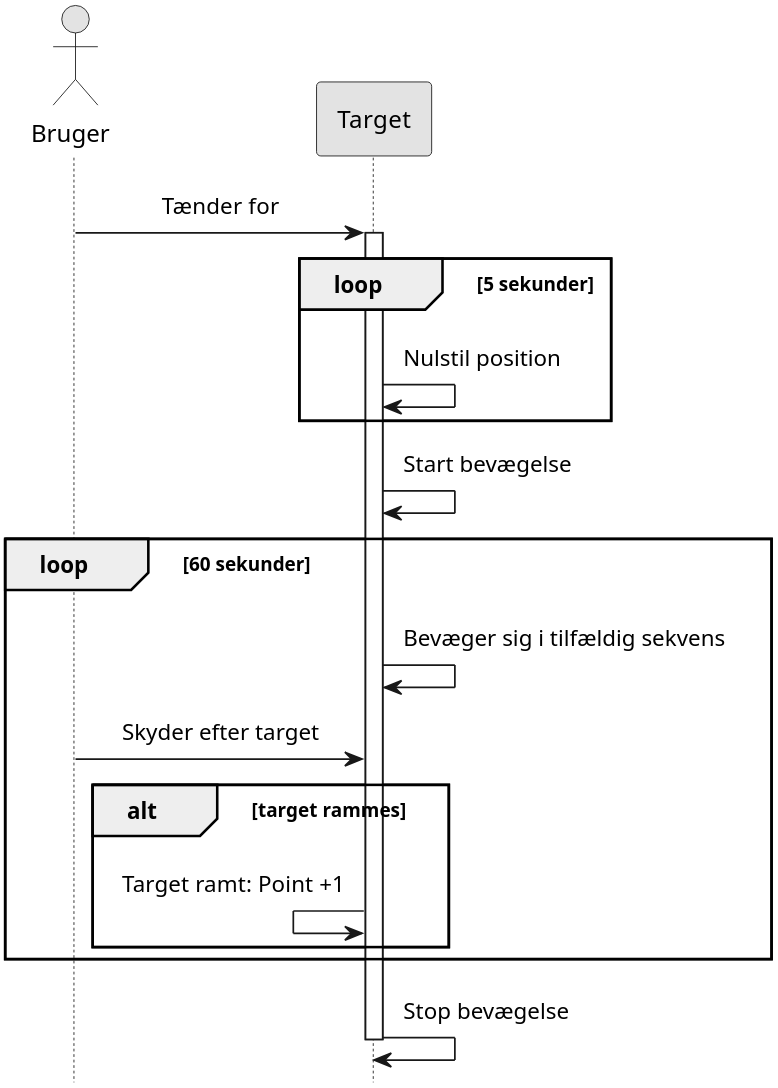
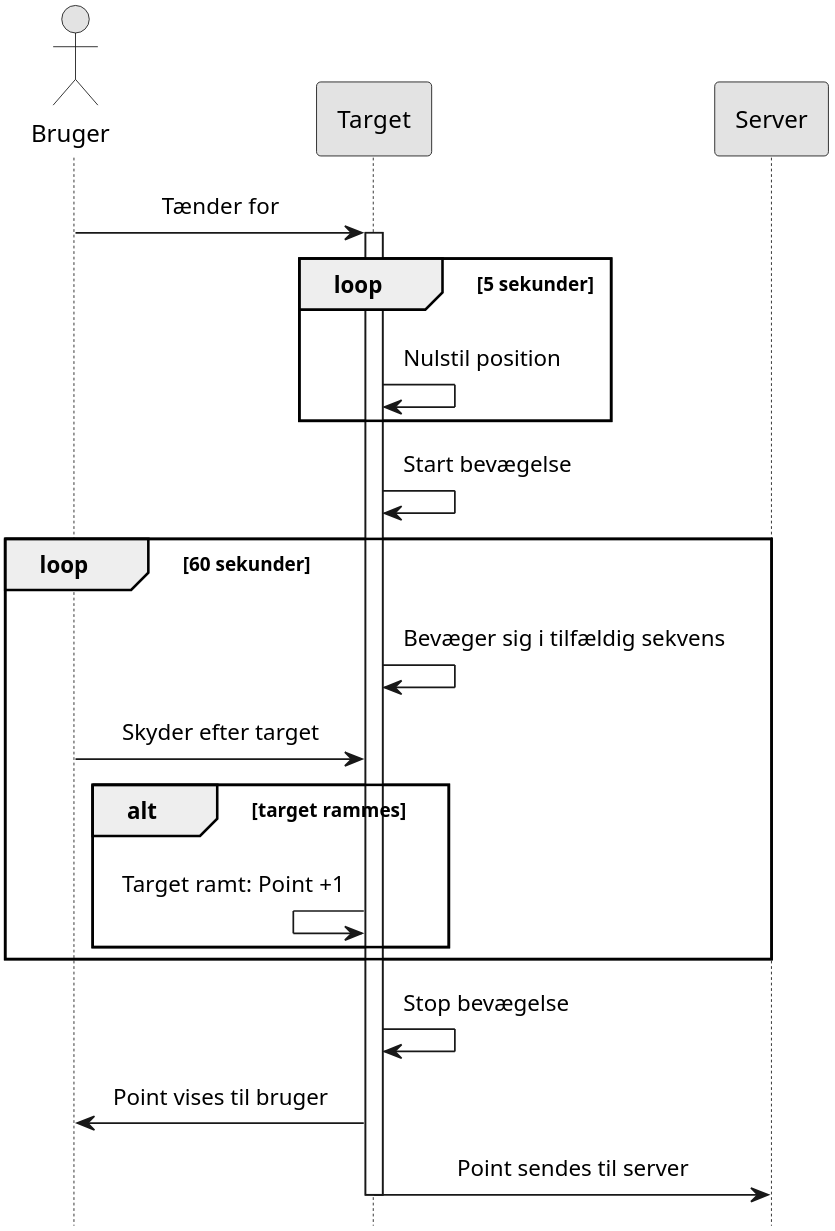
Before and after one commit to LasseKrarup/Laser-Tag-Project: the diagram in PlantUML/ssd_uc1.plantuml, drawn with PlantUML. The commit also changed 1 other file, not shown here.

```diff
--- a/PlantUML/ssd_uc1.plantuml
+++ b/PlantUML/ssd_uc1.plantuml
@@ -1,39 +1,44 @@
 @startuml ssd-uc1
 
 hide footbox
 
 skinparam {
     monochrome true
     dpi 300
     padding 5
     sequenceMessageAlign center
     packageStyle frame
     shadowing false
     'backgroundColor transparent
 }
 
 actor Bruger as user
 participant "Target" as tgt
+participant "Server" as svr
 
 '== Use case 1 ==
 
 user -> tgt: Tænder for
 activate tgt
 loop 5 sekunder
     tgt -> tgt: Nulstil position
 end
 tgt -> tgt: Start bevægelse
 
 loop 60 sekunder
     tgt -> tgt: Bevæger sig i tilfældig sekvens
     user -> tgt: Skyder efter target
 
     alt target rammes
         tgt <- tgt: Target ramt: Point +1
     end
 end
 
 tgt -> tgt: Stop bevægelse
+
+tgt -> user: Point vises til bruger
+tgt -> svr: Point sendes til server
+
 deactivate tgt
 
 @enduml
```
